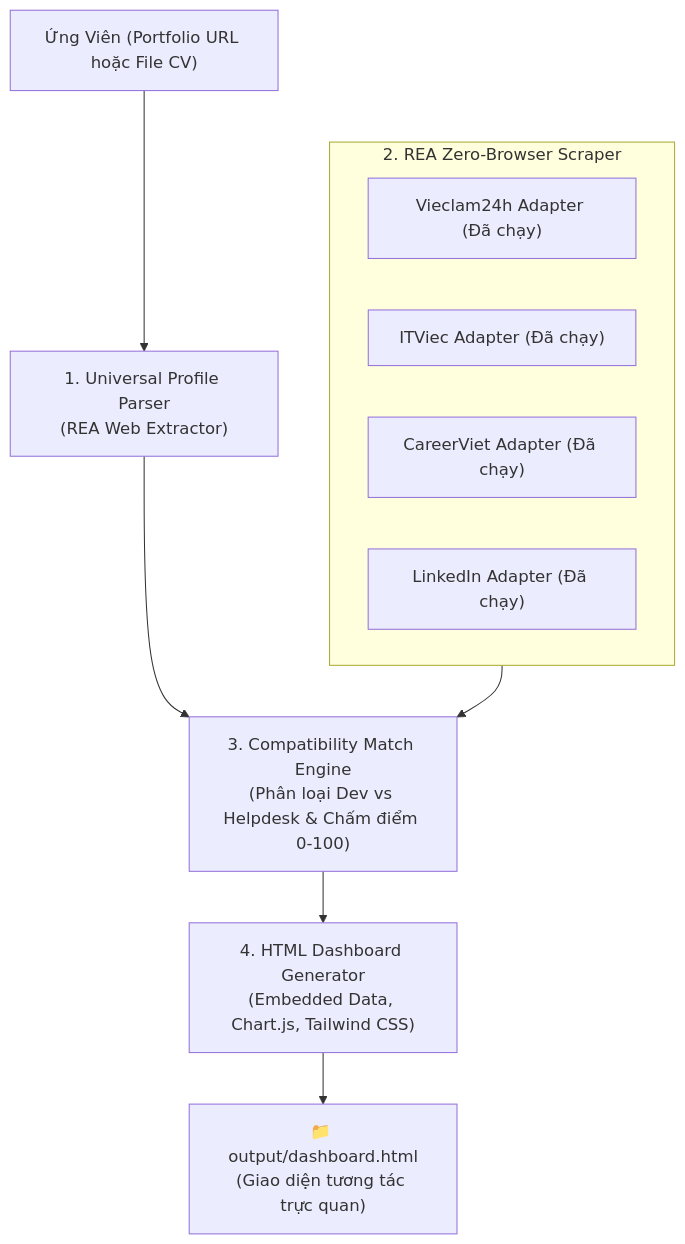
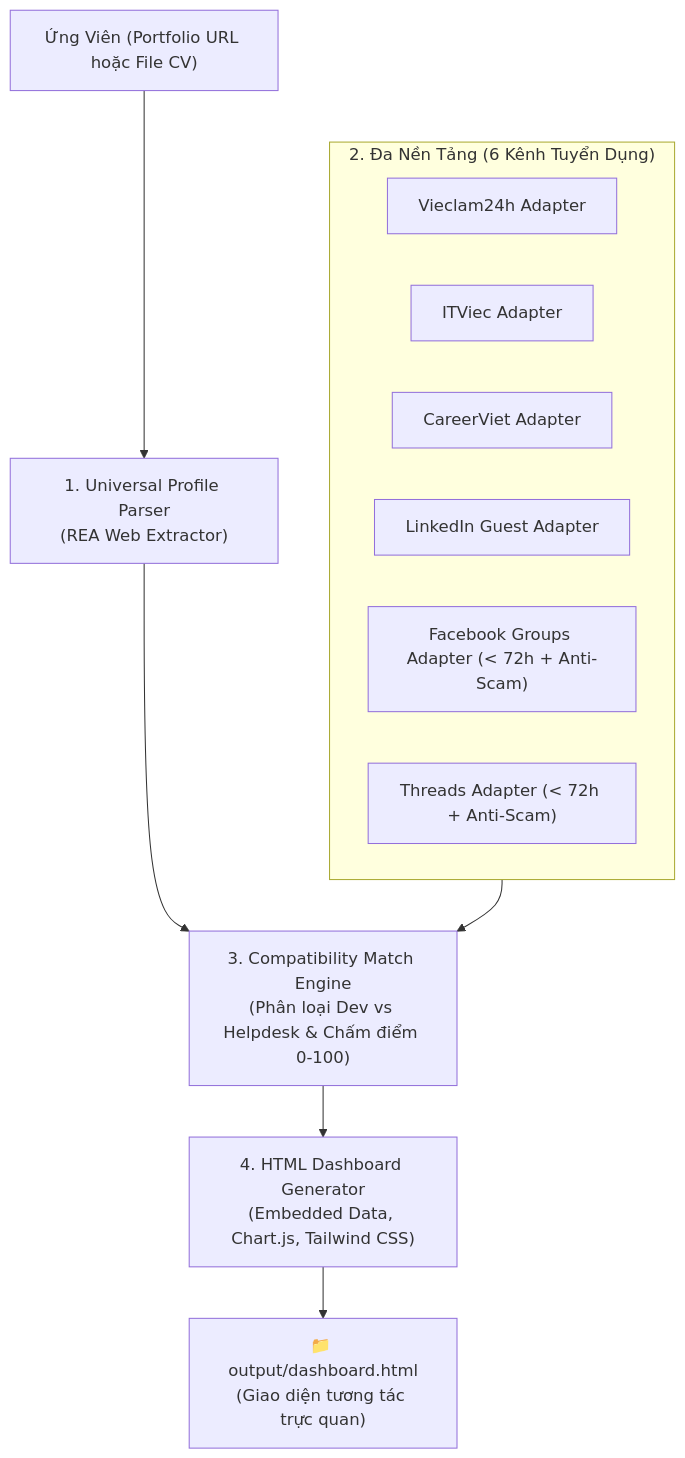
Before and after one commit to thieuhoang2002/job-scout-vn: the diagram in README.md, drawn with Mermaid. The commit also changed other lines of this file and 15 other files, not shown here.

Commit message:
feat(social): add Facebook Groups and Threads scrapers with strict <72h age gate and anti-scam AI filter

````diff
--- a/README.md
+++ b/README.md
@@ -53,17 +58,19 @@
 ```mermaid
 flowchart TD
     Candidate["Ứng Viên (Portfolio URL hoặc File CV)"] --> Parser["1. Universal Profile Parser<br/>(REA Web Extractor)"]
     
-    subgraph ScrapingLayer ["2. REA Zero-Browser Scraper"]
-        S1["Vieclam24h Adapter (Đã chạy)"]
-        S2["ITViec Adapter (Đã chạy)"]
-        S3["CareerViet Adapter (Đã chạy)"]
-        S4["LinkedIn Adapter (Đã chạy)"]
+    subgraph ScrapingLayer ["2. Đa Nền Tảng (6 Kênh Tuyển Dụng)"]
+        S1["Vieclam24h Adapter"]
+        S2["ITViec Adapter"]
+        S3["CareerViet Adapter"]
+        S4["LinkedIn Guest Adapter"]
+        S5["Facebook Groups Adapter (&lt; 72h + Anti-Scam)"]
+        S6["Threads Adapter (&lt; 72h + Anti-Scam)"]
     end
     
     Parser --> MatchEngine["3. Compatibility Match Engine<br/>(Phân loại Dev vs Helpdesk & Chấm điểm 0-100)"]
     ScrapingLayer --> MatchEngine
     
     MatchEngine --> Generator["4. HTML Dashboard Generator<br/>(Embedded Data, Chart.js, Tailwind CSS)"]
     Generator --> HTMLOut["📁 output/dashboard.html<br/>(Giao diện tương tác trực quan)"]
 ```
````
